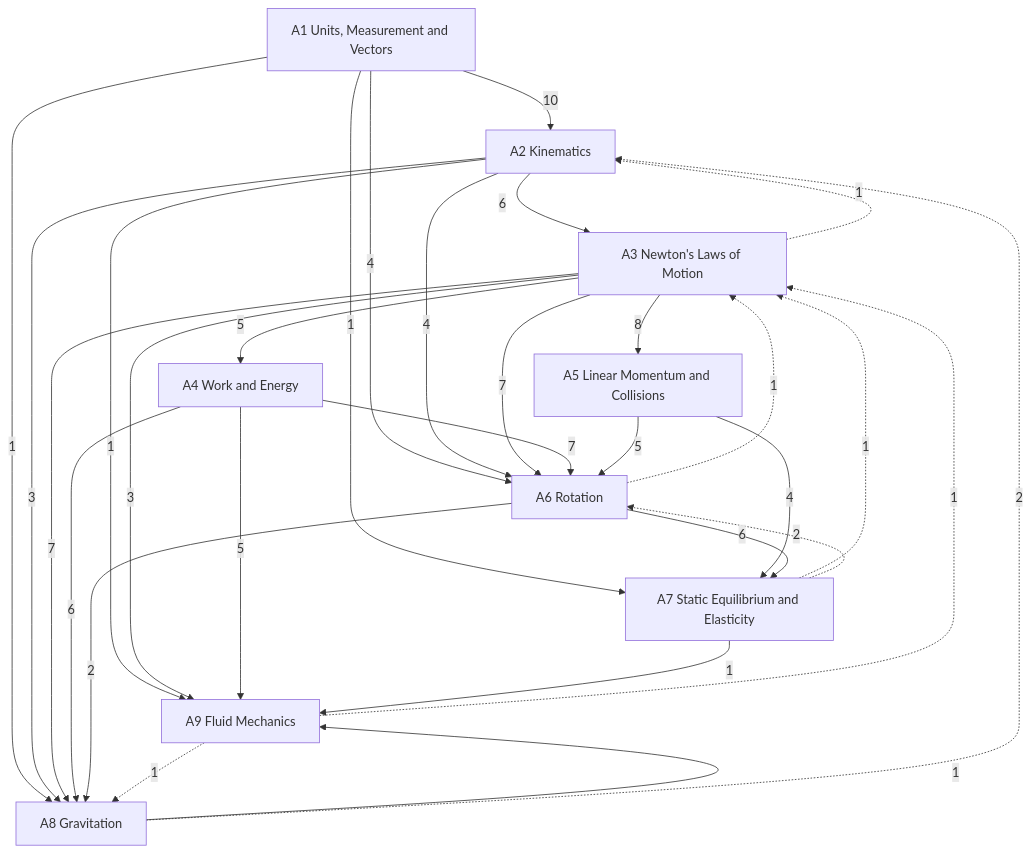
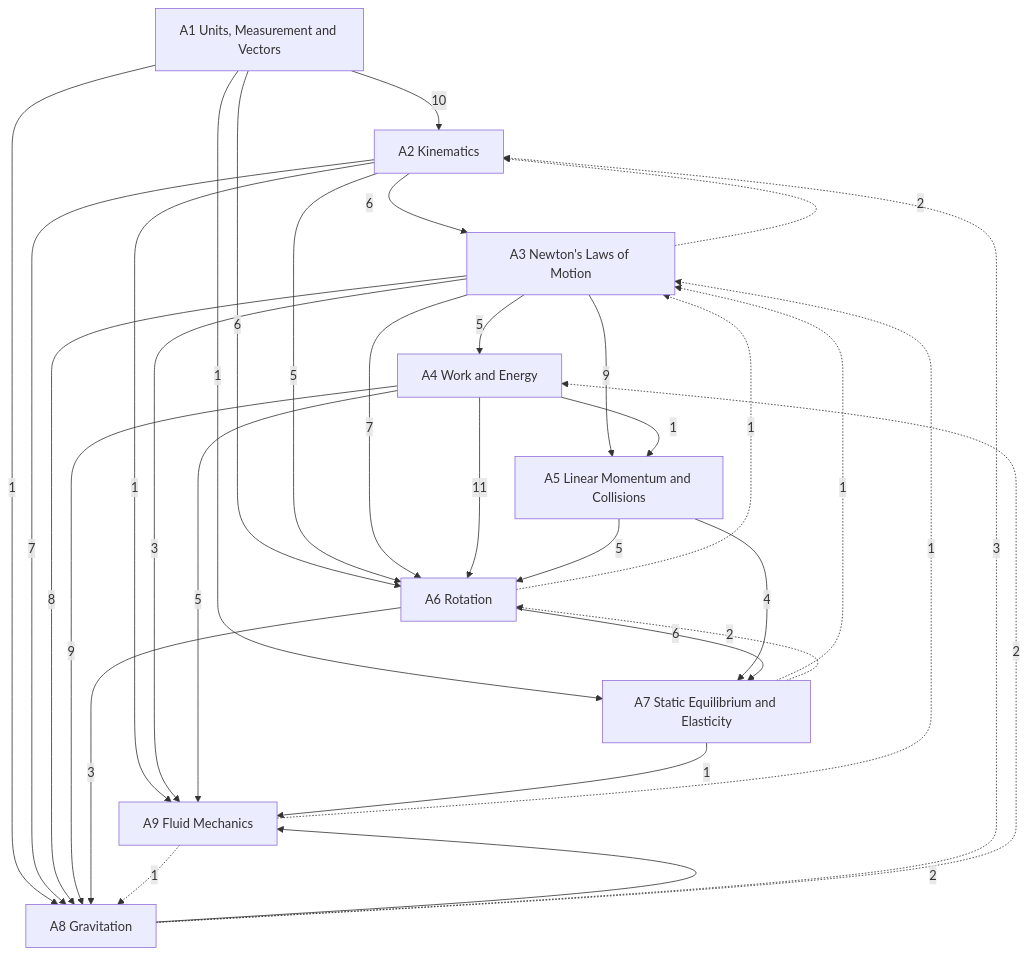
Before and after one commit to Onion20040508/notes: the diagram in Physics/Classical Mechanics/Classical Mechanics.md, drawn with Mermaid. The commit also changed 63 other files, not shown here.

````diff
--- a/Physics/Classical Mechanics/Classical Mechanics.md
+++ b/Physics/Classical Mechanics/Classical Mechanics.md
@@ -28,41 +28,43 @@
 ```mermaid
 graph TD
   A1["A1 Units, Measurement and Vectors"]
   A2["A2 Kinematics"]
   A3["A3 Newton's Laws of Motion"]
   A4["A4 Work and Energy"]
   A5["A5 Linear Momentum and Collisions"]
   A6["A6 Rotation"]
   A7["A7 Static Equilibrium and Elasticity"]
   A8["A8 Gravitation"]
   A9["A9 Fluid Mechanics"]
   A1 -->|10| A2
   A2 -->|6| A3
   A3 -->|5| A4
-  A3 -->|8| A5
-  A1 -->|4| A6
-  A2 -->|4| A6
+  A3 -->|9| A5
+  A4 -->|1| A5
+  A1 -->|6| A6
+  A2 -->|5| A6
   A3 -->|7| A6
-  A4 -->|7| A6
+  A4 -->|11| A6
   A5 -->|5| A6
   A1 -->|1| A7
   A5 -->|4| A7
   A6 -->|6| A7
   A1 -->|1| A8
-  A2 -->|3| A8
-  A3 -->|7| A8
-  A4 -->|6| A8
-  A6 -->|2| A8
+  A2 -->|7| A8
+  A3 -->|8| A8
+  A4 -->|9| A8
+  A6 -->|3| A8
   A2 -->|1| A9
   A3 -->|3| A9
   A4 -->|5| A9
   A7 -->|1| A9
-  A8 -->|1| A9
-  A3 -.->|1| A2
-  A8 -.->|2| A2
+  A8 -->|2| A9
+  A3 -.->|2| A2
+  A8 -.->|3| A2
   A6 -.->|1| A3
   A7 -.->|1| A3
   A9 -.->|1| A3
+  A8 -.->|2| A4
   A7 -.->|2| A6
   A9 -.->|1| A8
 ```
````
